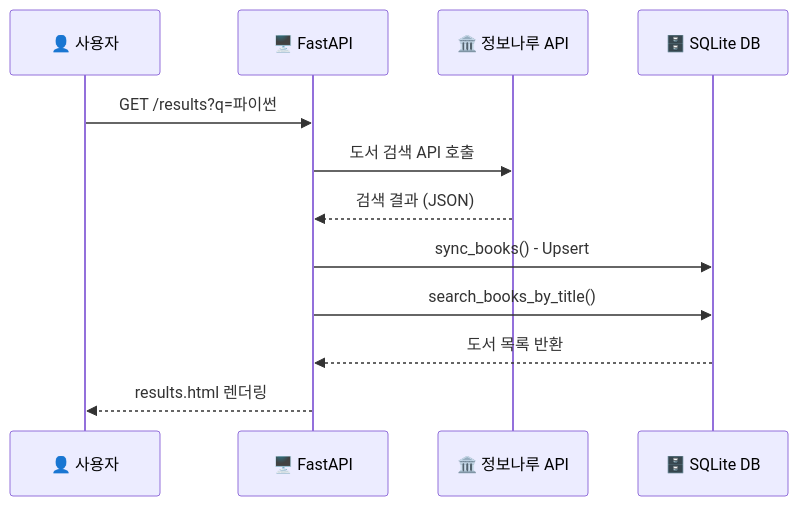
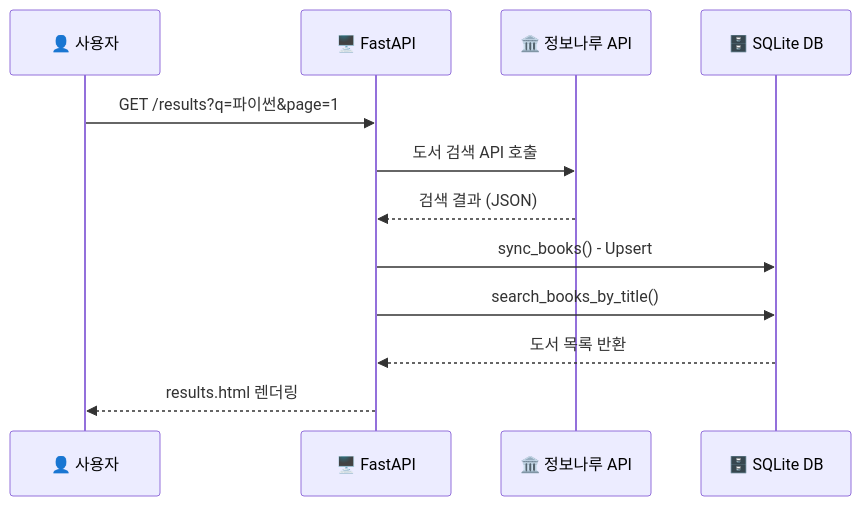
One commit to yanJuicy/dadocreview changed the first of 4 diagrams in README.md. Above: the diagram before and after it, drawn with Mermaid. The commit also changed other lines of this file, not shown here.

````diff
--- a/README.md
+++ b/README.md
@@ -64,15 +61,15 @@
 ```mermaid
 sequenceDiagram
     participant User as 👤 사용자
     participant Server as 🖥️ FastAPI
     participant Naru as 🏛️ 정보나루 API
     participant DB as 🗄️ SQLite DB
 
-    User->>Server: GET /results?q=파이썬
+    User->>Server: GET /results?q=파이썬&page=1
     Server->>Naru: 도서 검색 API 호출
     Naru-->>Server: 검색 결과 (JSON)
     Server->>DB: sync_books() - Upsert
     Server->>DB: search_books_by_title()
     DB-->>Server: 도서 목록 반환
     Server-->>User: results.html 렌더링
 ```
````
